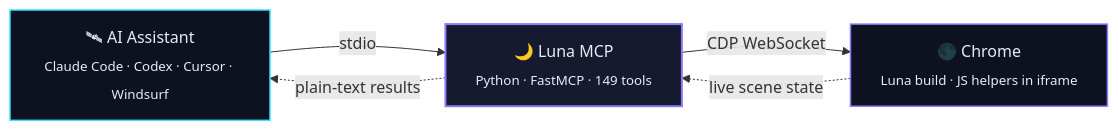
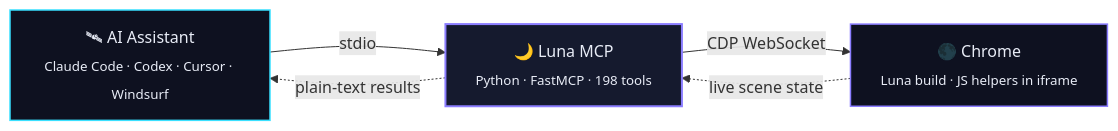
One commit to german-krasnikov/luna-kiss-mcp changed the diagram in README.md. Above: the diagram before and after it, drawn with Mermaid. The commit also changed other lines of this file and 10 other files, not shown here.

````diff
--- a/README.md
+++ b/README.md
@@ -349,19 +332,19 @@
 ```mermaid
 flowchart LR
     AI["🛰 AI Assistant<br/><sub>Claude Code · Codex · Cursor · Windsurf</sub>"]
-    MCP["🌙 Luna MCP<br/><sub>Python · FastMCP · 149 tools</sub>"]
+    MCP["🌙 Luna MCP<br/><sub>Python · FastMCP · 198 tools</sub>"]
     CHROME["🌑 Chrome<br/><sub>Luna build · JS helpers in iframe</sub>"]
 
     AI -- "stdio" --> MCP
     MCP -- "CDP WebSocket" --> CHROME
     CHROME -. "live scene state" .-> MCP
     MCP -. "plain-text results" .-> AI
 
     classDef ai      fill:#0E1120,stroke:#39E0FF,stroke-width:1.5px,color:#E8ECF6;
     classDef server  fill:#151A2E,stroke:#8B7DFF,stroke-width:2px,color:#E8ECF6;
     classDef chrome  fill:#0E1120,stroke:#8B7DFF,stroke-width:1.5px,color:#E8ECF6;
 
     class AI ai;
     class MCP server;
     class CHROME chrome;
 ```
````
